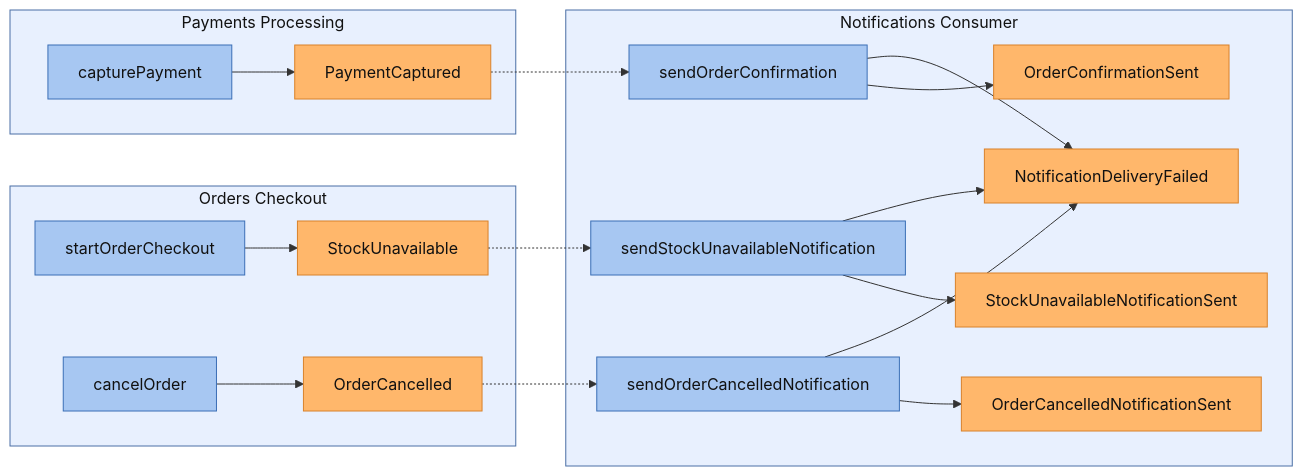
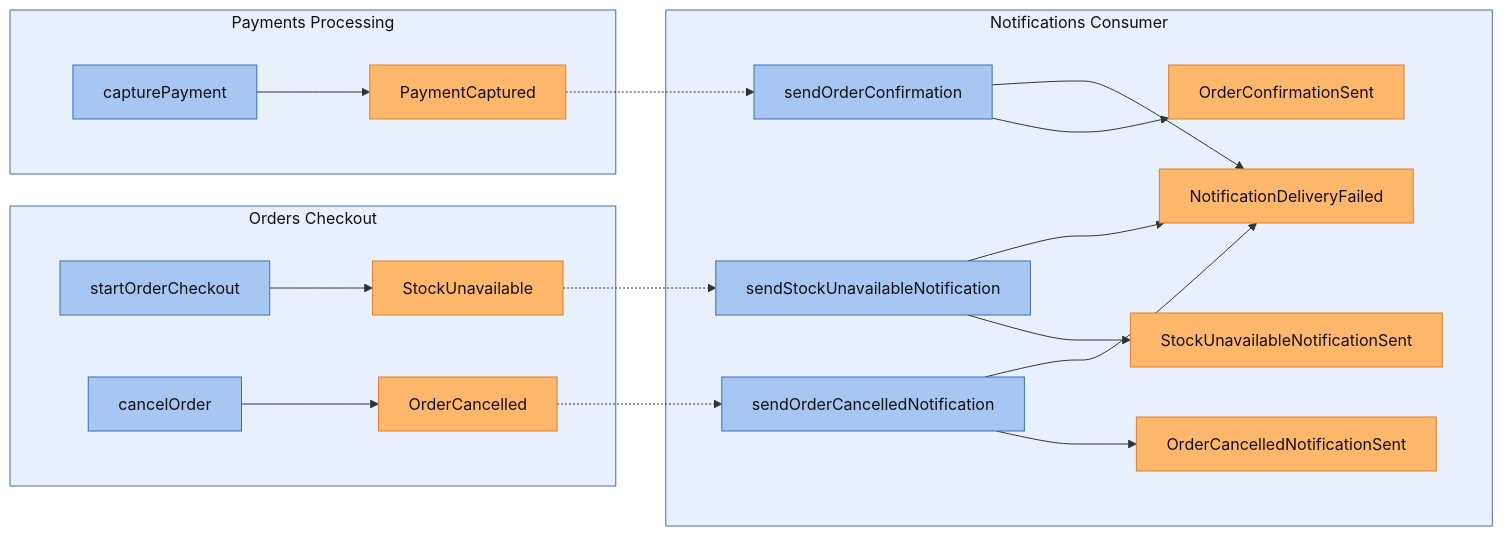
The first of 4 diagrams in dsl-docs/src/commonTest/resources/snapshots/arcadia-modulith/modules/notifications-consumer.md (ZenWave360/dsl-kotlin), drawn with Mermaid before and after one commit. The commit also changed other lines of this file and 21 other files, not shown here.

Commit message:
feat(views): event class diagrams, light class diagram styling, command adapters

````diff
--- a/dsl-docs/src/commonTest/resources/snapshots/arcadia-modulith/modules/notifications-consumer.md
+++ b/dsl-docs/src/commonTest/resources/snapshots/arcadia-modulith/modules/notifications-consumer.md
@@ -16,45 +16,63 @@
 ```mermaid
 flowchart LR
   classDef module fill:#e8f0fe,stroke:#4a6fa5,color:#111
   classDef command fill:#a7c7f2,stroke:#3b6fb6,color:#111
   classDef event fill:#ffb76b,stroke:#d9822b,color:#111
 
   subgraph sg_NotificationsConsumer["Notifications Consumer"]
-    NotificationsConsumer__NotificationsConsumerService__sendOrderConfirmation["sendOrderConfirmation"]
-    NotificationsConsumer__NotificationsConsumerService__sendStockUnavailableNotification["sendStockUnavailableNotification"]
-    NotificationsConsumer__NotificationsConsumerService__sendOrderCancelledNotification["sendOrderCancelledNotification"]
-    NotificationsConsumer__NotificationDeliveryFailed["NotificationDeliveryFailed"]
-    NotificationsConsumer__OrderCancelledNotificationSent["OrderCancelledNotificationSent"]
-    NotificationsConsumer__OrderConfirmationSent["OrderConfirmationSent"]
-    NotificationsConsumer__StockUnavailableNotificationSent["StockUnavailableNotificationSent"]
+    subgraph sg_NotificationsConsumer_cmd[" "]
+      NotificationsConsumer__NotificationsConsumerService__sendOrderConfirmation["sendOrderConfirmation"]
+      NotificationsConsumer__NotificationsConsumerService__sendStockUnavailableNotification["sendStockUnavailableNotification"]
+      NotificationsConsumer__NotificationsConsumerService__sendOrderCancelledNotification["sendOrderCancelledNotification"]
+    end
+    subgraph sg_NotificationsConsumer_evt[" "]
+      NotificationsConsumer__NotificationDeliveryFailed["NotificationDeliveryFailed"]
+      NotificationsConsumer__OrderCancelledNotificationSent["OrderCancelledNotificationSent"]
+      NotificationsConsumer__OrderConfirmationSent["OrderConfirmationSent"]
+      NotificationsConsumer__StockUnavailableNotificationSent["StockUnavailableNotificationSent"]
+    end
   end
 
   subgraph sg_OrdersCheckout["Orders Checkout"]
-    OrdersCheckout__OrdersCheckoutService__startOrderCheckout["startOrderCheckout"]
-    OrdersCheckout__OrdersCheckoutService__cancelOrder["cancelOrder"]
-    OrdersCheckout__OrderCancelled["OrderCancelled"]
-    OrdersCheckout__StockUnavailable["StockUnavailable"]
+    subgraph sg_OrdersCheckout_cmd[" "]
+      OrdersCheckout__OrdersCheckoutService__startOrderCheckout["startOrderCheckout"]
+      OrdersCheckout__OrdersCheckoutService__cancelOrder["cancelOrder"]
+    end
+    subgraph sg_OrdersCheckout_evt[" "]
+      OrdersCheckout__OrderCancelled["OrderCancelled"]
+      OrdersCheckout__StockUnavailable["StockUnavailable"]
+    end
   end
 
   subgraph sg_PaymentsProcessing["Payments Processing"]
-    PaymentsProcessing__PaymentsProcessingService__capturePayment["capturePayment"]
-    PaymentsProcessing__PaymentCaptured["PaymentCaptured"]
+    subgraph sg_PaymentsProcessing_cmd[" "]
+      PaymentsProcessing__PaymentsProcessingService__capturePayment["capturePayment"]
+    end
+    subgraph sg_PaymentsProcessing_evt[" "]
+      PaymentsProcessing__PaymentCaptured["PaymentCaptured"]
+    end
   end
 
   class sg_NotificationsConsumer,sg_OrdersCheckout,sg_PaymentsProcessing module
   class NotificationsConsumer__NotificationsConsumerService__sendOrderCancelledNotification,NotificationsConsumer__NotificationsConsumerService__sendOrderConfirmation,NotificationsConsumer__NotificationsConsumerService__sendStockUnavailableNotification,OrdersCheckout__OrdersCheckoutService__cancelOrder,OrdersCheckout__OrdersCheckoutService__startOrderCheckout,PaymentsProcessing__PaymentsProcessingService__capturePayment command
   class NotificationsConsumer__NotificationDeliveryFailed,NotificationsConsumer__OrderCancelledNotificationSent,NotificationsConsumer__OrderConfirmationSent,NotificationsConsumer__StockUnavailableNotificationSent,OrdersCheckout__OrderCancelled,OrdersCheckout__StockUnavailable,PaymentsProcessing__PaymentCaptured event
+  style sg_NotificationsConsumer_cmd fill:none,stroke:none
+  style sg_NotificationsConsumer_evt fill:none,stroke:none
+  style sg_OrdersCheckout_cmd fill:none,stroke:none
+  style sg_OrdersCheckout_evt fill:none,stroke:none
+  style sg_PaymentsProcessing_cmd fill:none,stroke:none
+  style sg_PaymentsProcessing_evt fill:none,stroke:none
 
   NotificationsConsumer__NotificationsConsumerService__sendOrderCancelledNotification --> NotificationsConsumer__NotificationDeliveryFailed
   NotificationsConsumer__NotificationsConsumerService__sendOrderCancelledNotification --> NotificationsConsumer__OrderCancelledNotificationSent
   NotificationsConsumer__NotificationsConsumerService__sendOrderConfirmation --> NotificationsConsumer__NotificationDeliveryFailed
   NotificationsConsumer__NotificationsConsumerService__sendOrderConfirmation --> NotificationsConsumer__OrderConfirmationSent
   NotificationsConsumer__NotificationsConsumerService__sendStockUnavailableNotification --> NotificationsConsumer__NotificationDeliveryFailed
   NotificationsConsumer__NotificationsConsumerService__sendStockUnavailableNotification --> NotificationsConsumer__StockUnavailableNotificationSent
   OrdersCheckout__OrdersCheckoutService__cancelOrder --> OrdersCheckout__OrderCancelled
   OrdersCheckout__OrdersCheckoutService__startOrderCheckout --> OrdersCheckout__StockUnavailable
   PaymentsProcessing__PaymentsProcessingService__capturePayment --> PaymentsProcessing__PaymentCaptured
   OrdersCheckout__OrderCancelled -.-> NotificationsConsumer__NotificationsConsumerService__sendOrderCancelledNotification
   OrdersCheckout__StockUnavailable -.-> NotificationsConsumer__NotificationsConsumerService__sendStockUnavailableNotification
   PaymentsProcessing__PaymentCaptured -.-> NotificationsConsumer__NotificationsConsumerService__sendOrderConfirmation
 ```
````
